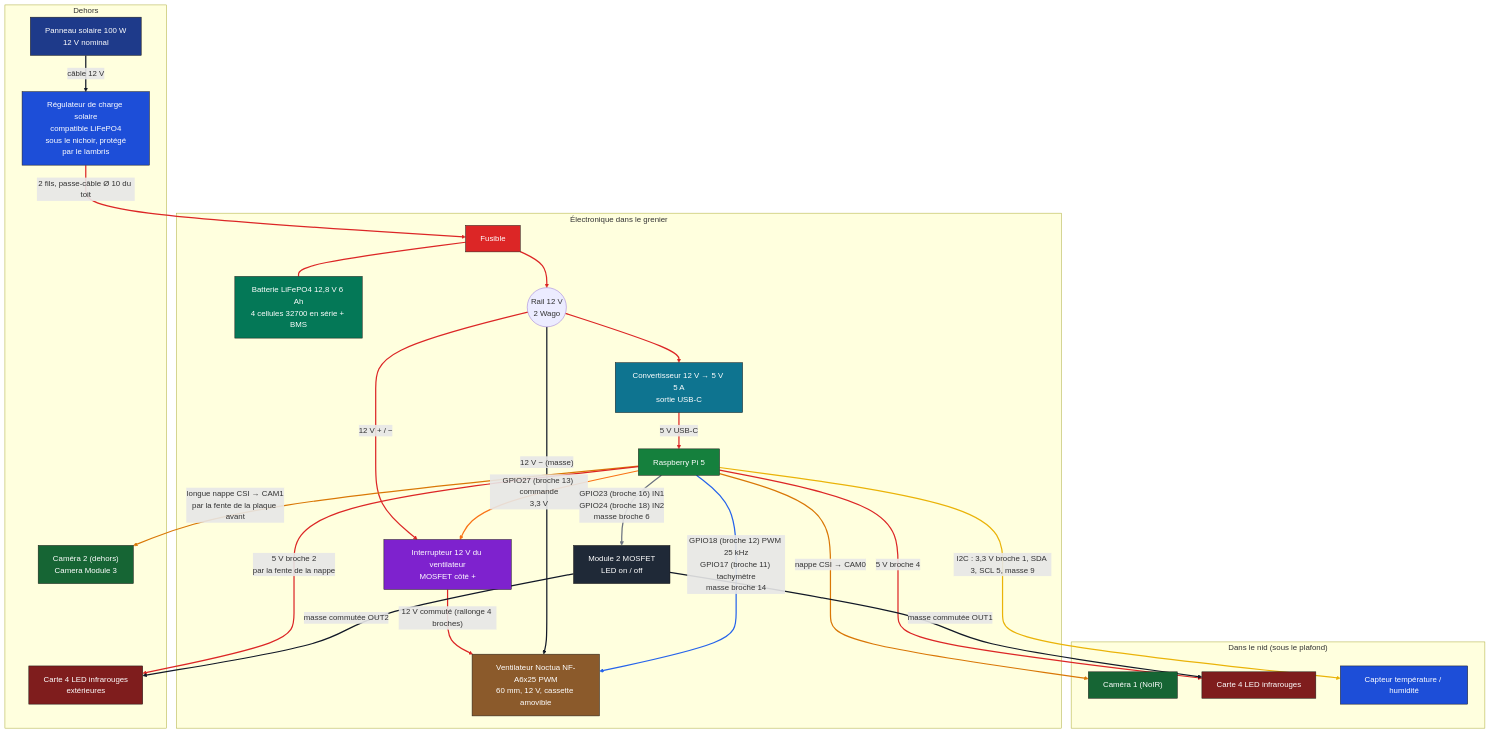
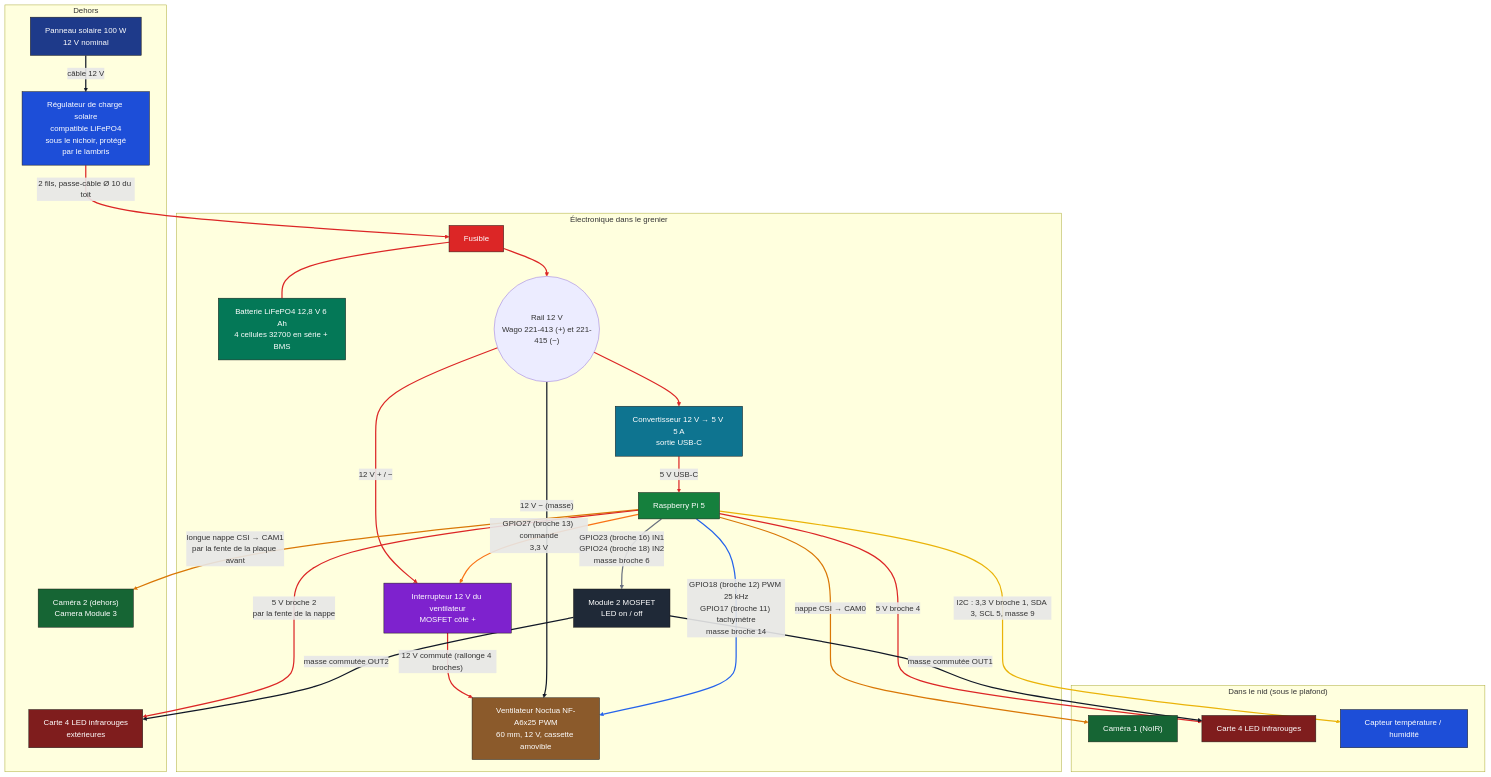
The diagram in docs/schema-electronique.md (mathieujullien77190/birds), drawn with Mermaid before and after one commit. The commit also changed other lines of this file and 16 other files, not shown here.

```diff
--- a/docs/schema-electronique.md
+++ b/docs/schema-electronique.md
@@ -15,7 +15,7 @@
   subgraph TOIT["Électronique dans le grenier"]
     FUSE["Fusible"]
     BAT["Batterie LiFePO4 12,8 V 6 Ah<br/>4 cellules 32700 en série + BMS"]
-    RAIL(("Rail 12 V<br/>2 Wago"))
+    RAIL(("Rail 12 V<br/>Wago 221-413 (+) et 221-415 (−)"))
     BUCK["Convertisseur 12 V → 5 V 5 A<br/>sortie USB-C"]
     PI["Raspberry Pi 5"]
     SW["Module 2 MOSFET<br/>LED on / off"]
```
